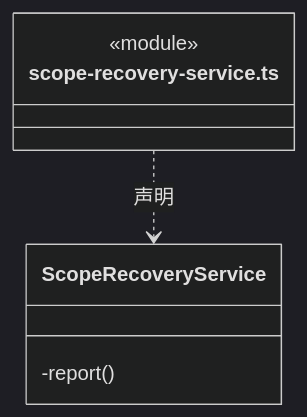
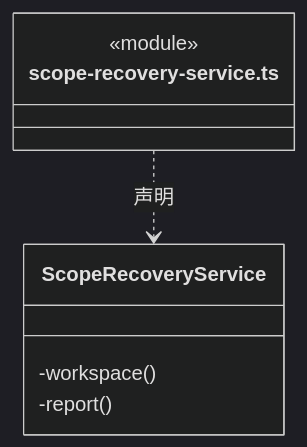
One commit to nan023062/cbim changed diagram 18 of 25 in src/logic/tasks/runtime/ARCHITECTURE.md. Above: the diagram before and after it, drawn with Mermaid (dark theme). The commit also changed other lines of this file and 139 other files, not shown here.

Commit message:
docs(architecture): add source reading paths and complete file inventories

````diff
--- a/src/logic/tasks/runtime/ARCHITECTURE.md
+++ b/src/logic/tasks/runtime/ARCHITECTURE.md
@@ -475,10 +489,11 @@
 ```mermaid
 classDiagram
 class N_src_logic_tasks_runtime_scope_recovery_service_ts["scope-recovery-service.ts"] {
   <<module>>
 }
 class N_src_logic_tasks_runtime_scope_recovery_service_ts_ScopeRecoveryService["ScopeRecoveryService"] {
+  -workspace()
   -report()
 }
 N_src_logic_tasks_runtime_scope_recovery_service_ts ..> N_src_logic_tasks_runtime_scope_recovery_service_ts_ScopeRecoveryService : 声明
 ```
````
